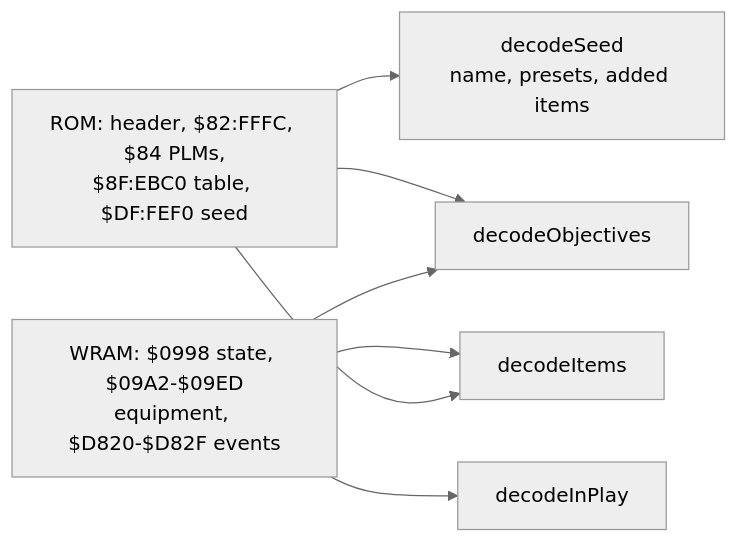
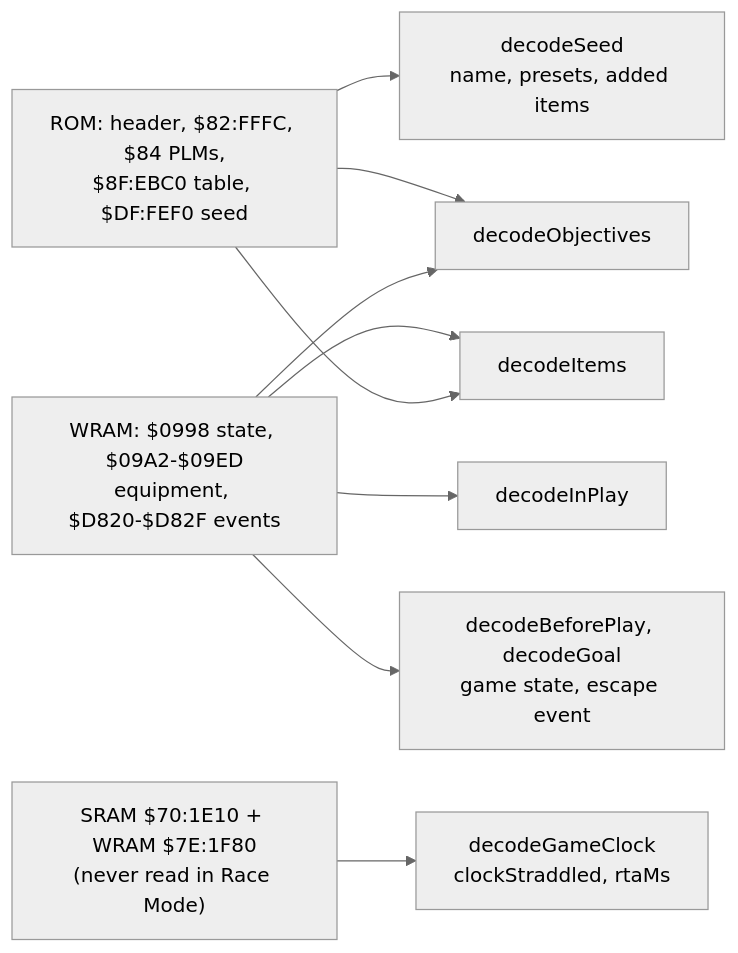
The diagram in packs/sm/README.md (kqesar/alltp-tracker), drawn with Mermaid (neutral theme) before and after one commit. The commit also changed other lines of this file and 29 other files, not shown here.

````diff
--- a/packs/sm/README.md
+++ b/packs/sm/README.md
@@ -31,9 +31,11 @@
 ```mermaid
 flowchart LR
   rom["ROM: header, $82:FFFC, $84 PLMs,<br/>$8F:EBC0 table, $DF:FEF0 seed"] --> seed["decodeSeed<br/>name, presets, added items"]
   rom --> obj["decodeObjectives"]
   wram["WRAM: $0998 state, $09A2-$09ED<br/>equipment, $D820-$D82F events"] --> items["decodeItems"]
   rom --> items
   wram --> obj
   wram --> play["decodeInPlay"]
+  wram --> goal["decodeBeforePlay, decodeGoal<br/>game state, escape event"]
+  clock["SRAM $70:1E10 + WRAM $7E:1F80<br/>(never read in Race Mode)"] --> rta["decodeGameClock<br/>clockStraddled, rtaMs"]
 ```
````
